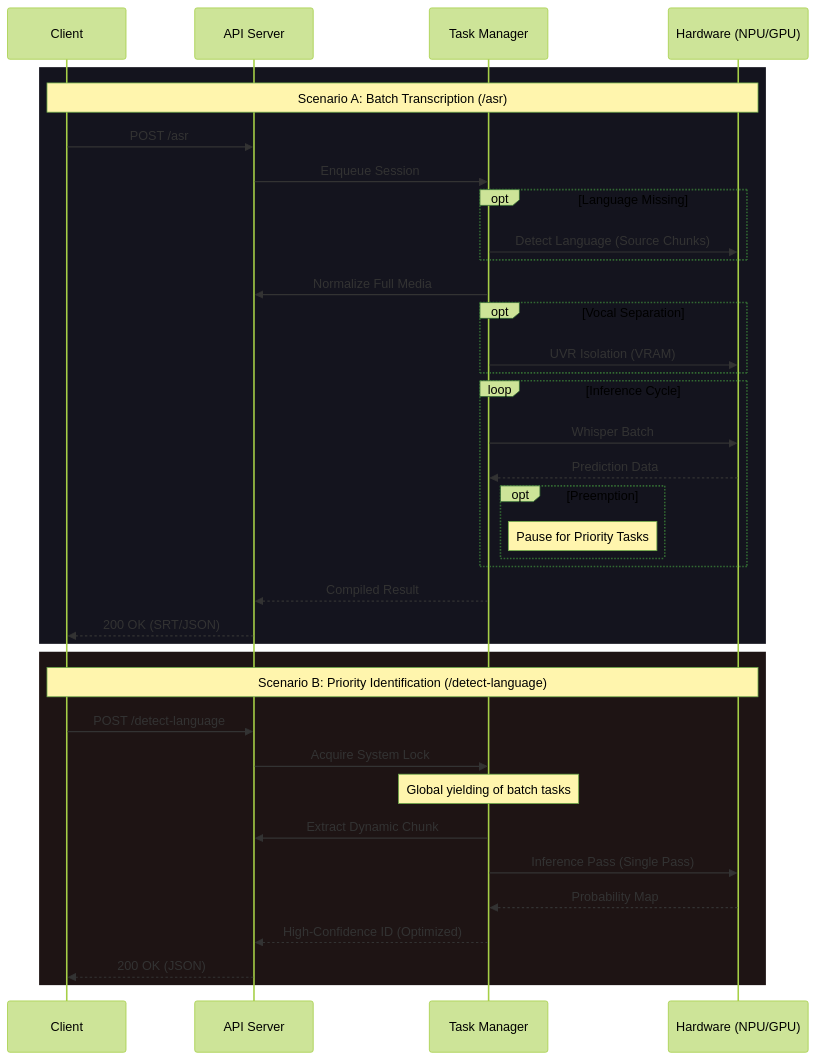
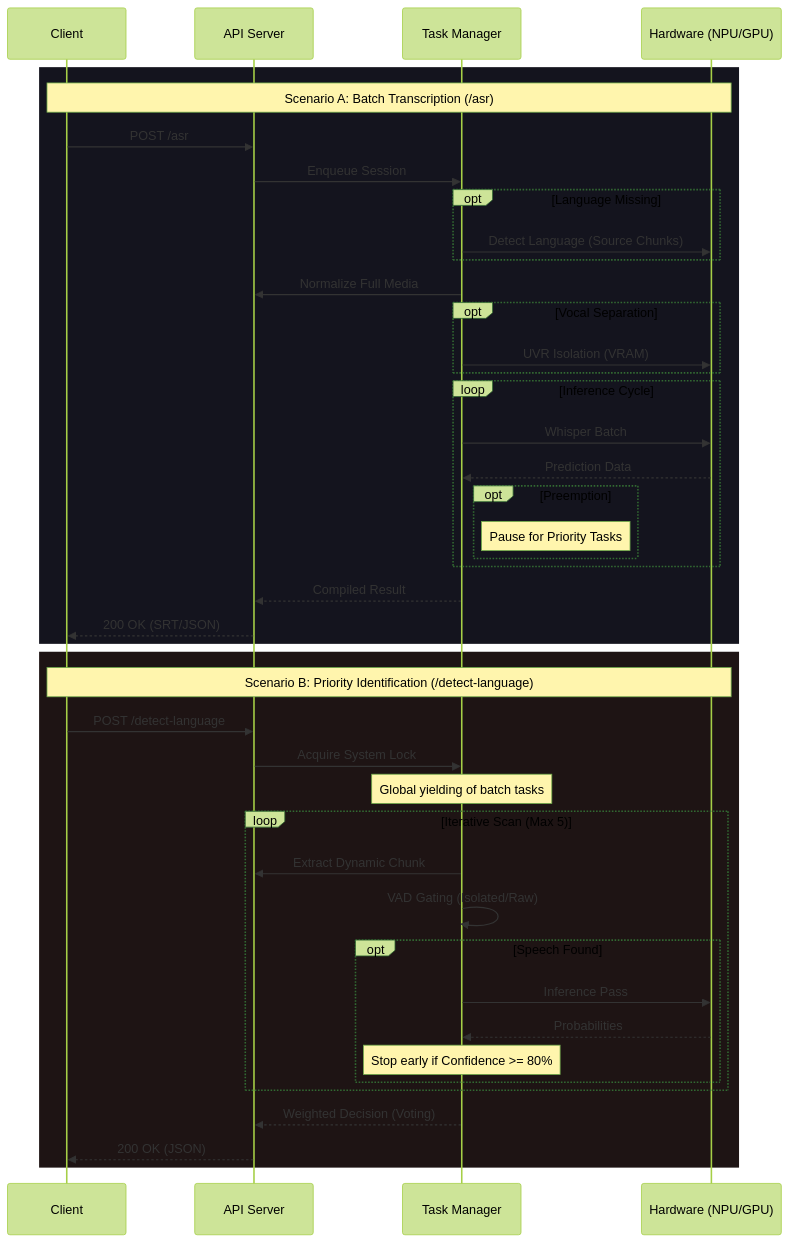
The third of 3 diagrams in README.md (ventura8/Whisper-Pro-ASR), drawn with Mermaid (forest theme) before and after one commit. The commit also changed other lines of this file and 11 other files, not shown here.

````diff
--- a/README.md
+++ b/README.md
@@ -122,41 +137,47 @@
 ```mermaid
 sequenceDiagram
     participant Client
     participant Flask as API Server
     participant Manager as Task Manager
     participant XPU as Hardware (NPU/GPU)
     
     rect rgb(20, 20, 30)
     Note over Client, XPU: Scenario A: Batch Transcription (/asr)
     Client->>Flask: POST /asr
     Flask->>Manager: Enqueue Session
     opt Language Missing
         Manager->>XPU: Detect Language (Source Chunks)
     end
     Manager->>Flask: Normalize Full Media
     opt Vocal Separation
         Manager->>XPU: UVR Isolation (VRAM)
     end
     loop Inference Cycle
         Manager->>XPU: Whisper Batch
         XPU-->>Manager: Prediction Data
         opt Preemption
             Note right of Manager: Pause for Priority Tasks
         end
     end
     Manager-->>Flask: Compiled Result
     Flask-->>Client: 200 OK (SRT/JSON)
     end
 
     rect rgb(30, 20, 20)
     Note over Client, XPU: Scenario B: Priority Identification (/detect-language)
     Client->>Flask: POST /detect-language
     Flask->>Manager: Acquire System Lock
     Note over Manager: Global yielding of batch tasks
-    Manager->>Flask: Extract Dynamic Chunk
-    Manager->>XPU: Inference Pass (Single Pass)
-    XPU-->>Manager: Probability Map
-    Manager-->>Flask: High-Confidence ID (Optimized)
+    loop Iterative Scan (Max 5)
+        Manager->>Flask: Extract Dynamic Chunk
+        Manager->>Manager: VAD Gating (Isolated/Raw)
+        opt Speech Found
+            Manager->>XPU: Inference Pass
+            XPU-->>Manager: Probabilities
+            Note over Manager: Stop early if Confidence >= 80%
+        end
+    end
+    Manager-->>Flask: Weighted Decision (Voting)
     Flask-->>Client: 200 OK (JSON)
     end
 ```
````
